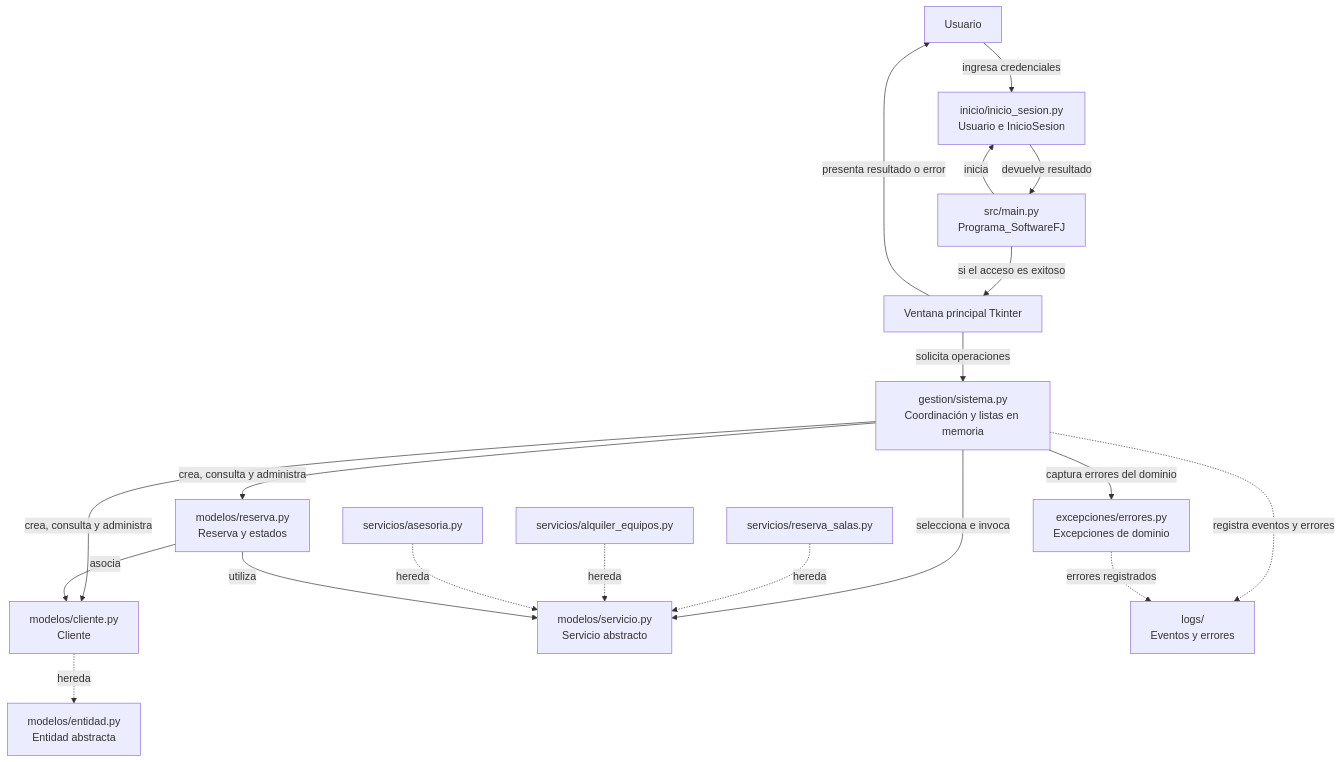
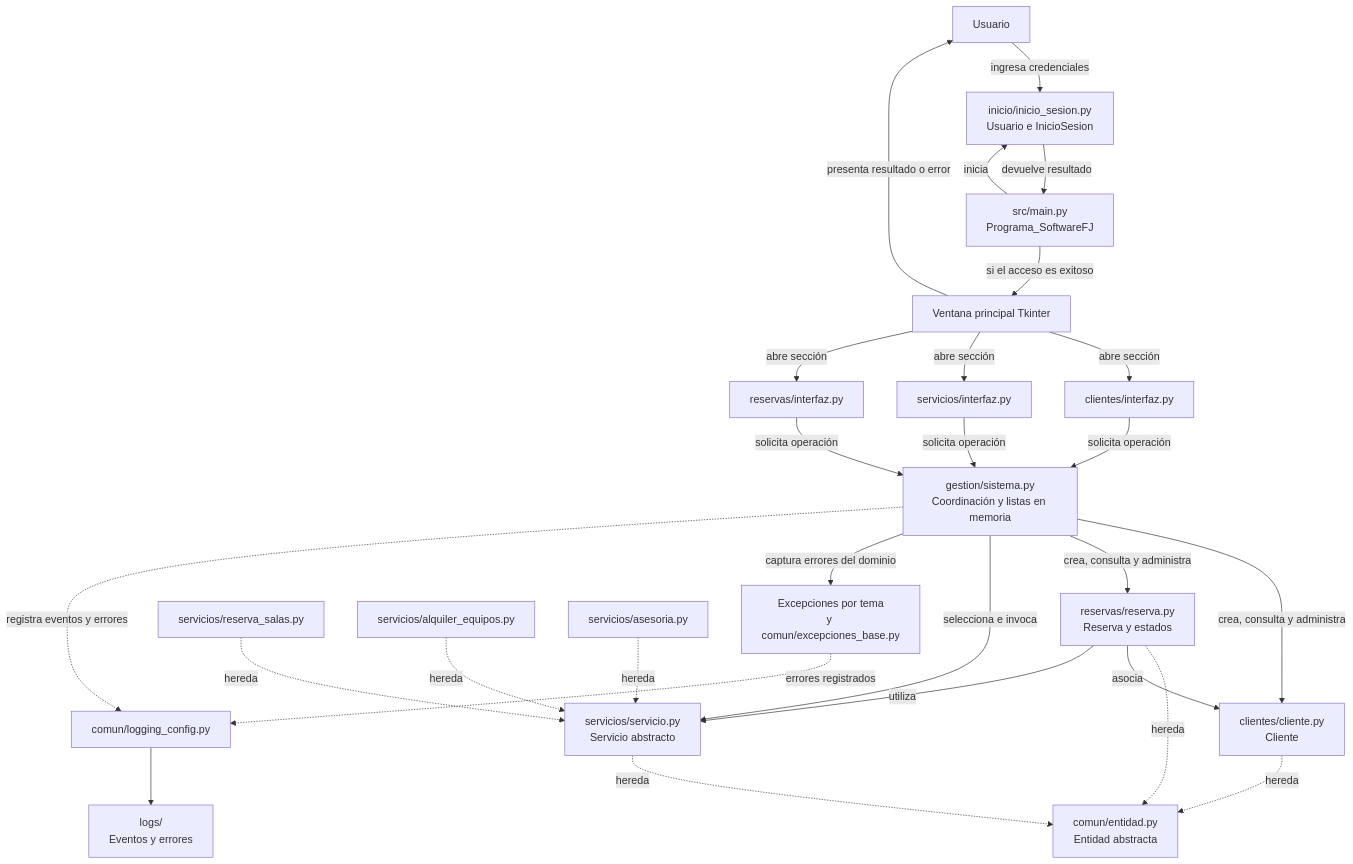
The first of 2 diagrams in README.md (DianaLop01/Fase4_Programacion_G_161), drawn with Mermaid before and after one commit. The commit also changed other lines of this file and 20 other files, not shown here.

````diff
--- a/README.md
+++ b/README.md
@@ -141,36 +186,48 @@
 ```mermaid
 flowchart TB
     U[Usuario]
     M["src/main.py<br/>Programa_SoftwareFJ"]
     I["inicio/inicio_sesion.py<br/>Usuario e InicioSesion"]
     V["Ventana principal Tkinter"]
+    IC["clientes/interfaz.py"]
+    IS["servicios/interfaz.py"]
+    IR["reservas/interfaz.py"]
     G["gestion/sistema.py<br/>Coordinación y listas en memoria"]
-    C["modelos/cliente.py<br/>Cliente"]
-    E["modelos/entidad.py<br/>Entidad abstracta"]
-    R["modelos/reserva.py<br/>Reserva y estados"]
-    S["modelos/servicio.py<br/>Servicio abstracto"]
+    C["clientes/cliente.py<br/>Cliente"]
+    E["comun/entidad.py<br/>Entidad abstracta"]
+    R["reservas/reserva.py<br/>Reserva y estados"]
+    S["servicios/servicio.py<br/>Servicio abstracto"]
     SS["servicios/reserva_salas.py"]
     SE["servicios/alquiler_equipos.py"]
     SA["servicios/asesoria.py"]
-    X["excepciones/errores.py<br/>Excepciones de dominio"]
+    X["Excepciones por tema<br/>y comun/excepciones_base.py"]
+    LC["comun/logging_config.py"]
     L["logs/<br/>Eventos y errores"]
 
     M -->|inicia| I
     U -->|ingresa credenciales| I
     I -->|devuelve resultado| M
     M -->|si el acceso es exitoso| V
-    V -->|solicita operaciones| G
+    V -->|abre sección| IC
+    V -->|abre sección| IS
+    V -->|abre sección| IR
+    IC -->|solicita operación| G
+    IS -->|solicita operación| G
+    IR -->|solicita operación| G
     G -->|crea, consulta y administra| C
     G -->|crea, consulta y administra| R
     G -->|selecciona e invoca| S
     C -. hereda .-> E
+    S -. hereda .-> E
+    R -. hereda .-> E
     SS -. hereda .-> S
     SE -. hereda .-> S
     SA -. hereda .-> S
     R -->|asocia| C
     R -->|utiliza| S
     G -->|captura errores del dominio| X
     V -->|presenta resultado o error| U
-    G -. registra eventos y errores .-> L
-    X -. errores registrados .-> L
+    G -. registra eventos y errores .-> LC
+    X -. errores registrados .-> LC
+    LC --> L
 ```
````
